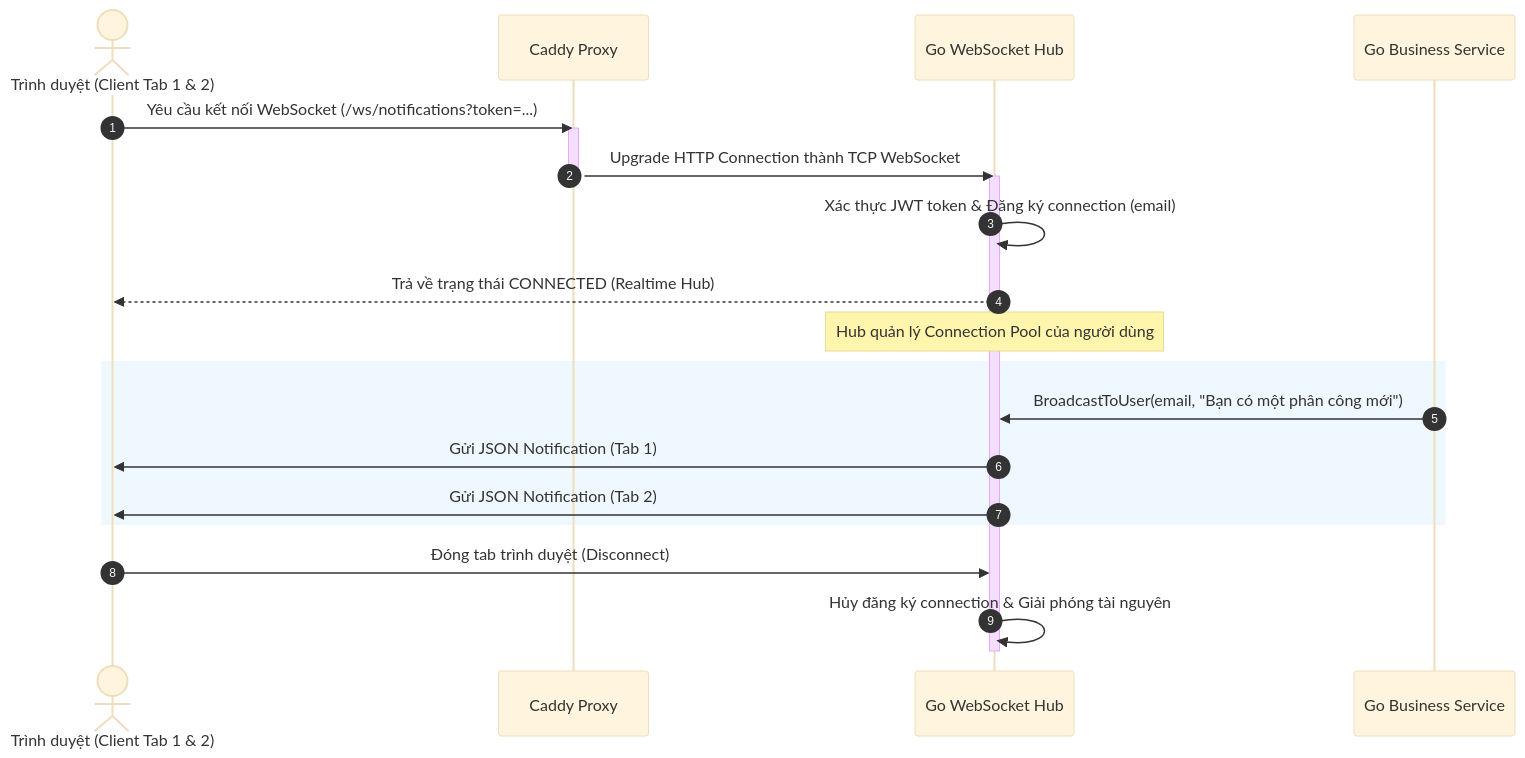
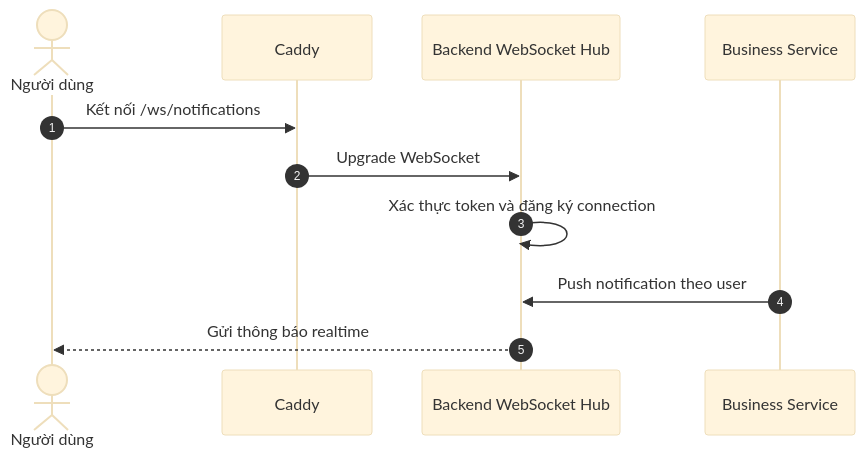
One commit to 5CLCsCan/ConferenceSpace changed the third of 7 diagrams in docs/report/compiled/final_combined/04-cong-nghe.md. Above: the diagram before and after it, drawn with Mermaid (base theme). The commit also changed other lines of this file and 2 other files, not shown here.

````diff
--- a/docs/report/compiled/final_combined/04-cong-nghe.md
+++ b/docs/report/compiled/final_combined/04-cong-nghe.md
@@ -45,29 +63,14 @@
 ```mermaid
 sequenceDiagram
     autonumber
-    actor Client as Trình duyệt (Client Tab 1 & 2)
-    participant Caddy as Caddy Proxy
-    participant Hub as Go WebSocket Hub
-    participant Service as Go Business Service
+    actor User as Người dùng
+    participant Caddy as Caddy
+    participant Hub as Backend WebSocket Hub
+    participant Service as Business Service
 
-    Client->>Caddy: Yêu cầu kết nối WebSocket (/ws/notifications?token=...)
-    activate Caddy
-    Caddy->>Hub: Upgrade HTTP Connection thành TCP WebSocket
-    deactivate Caddy
-    activate Hub
-    Hub->>Hub: Xác thực JWT token & Đăng ký connection (email)
-    Hub-->>Client: Trả về trạng thái CONNECTED (Realtime Hub)
-    
-    Note over Hub: Hub quản lý Connection Pool của người dùng
-    
-    %% Khi có sự kiện nghiệp vụ xảy ra
-    rect rgb(240, 248, 255)
-        Service->>Hub: BroadcastToUser(email, "Bạn có một phân công mới")
-        Hub->>Client: Gửi JSON Notification (Tab 1)
-        Hub->>Client: Gửi JSON Notification (Tab 2)
-    end
-    
-    Client->>Hub: Đóng tab trình duyệt (Disconnect)
-    Hub->>Hub: Hủy đăng ký connection & Giải phóng tài nguyên
-    deactivate Hub
+    User->>Caddy: Kết nối /ws/notifications
+    Caddy->>Hub: Upgrade WebSocket
+    Hub->>Hub: Xác thực token và đăng ký connection
+    Service->>Hub: Push notification theo user
+    Hub-->>User: Gửi thông báo realtime
 ```
````
